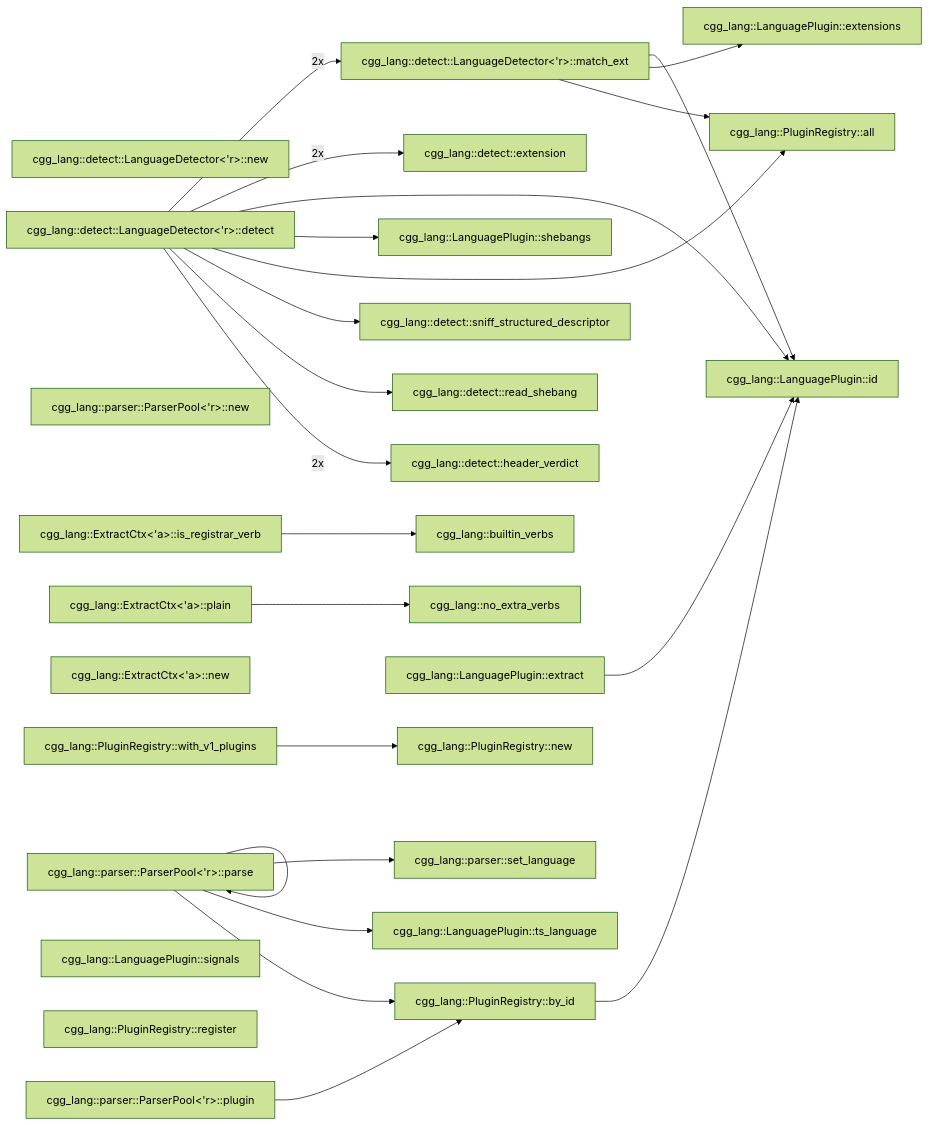
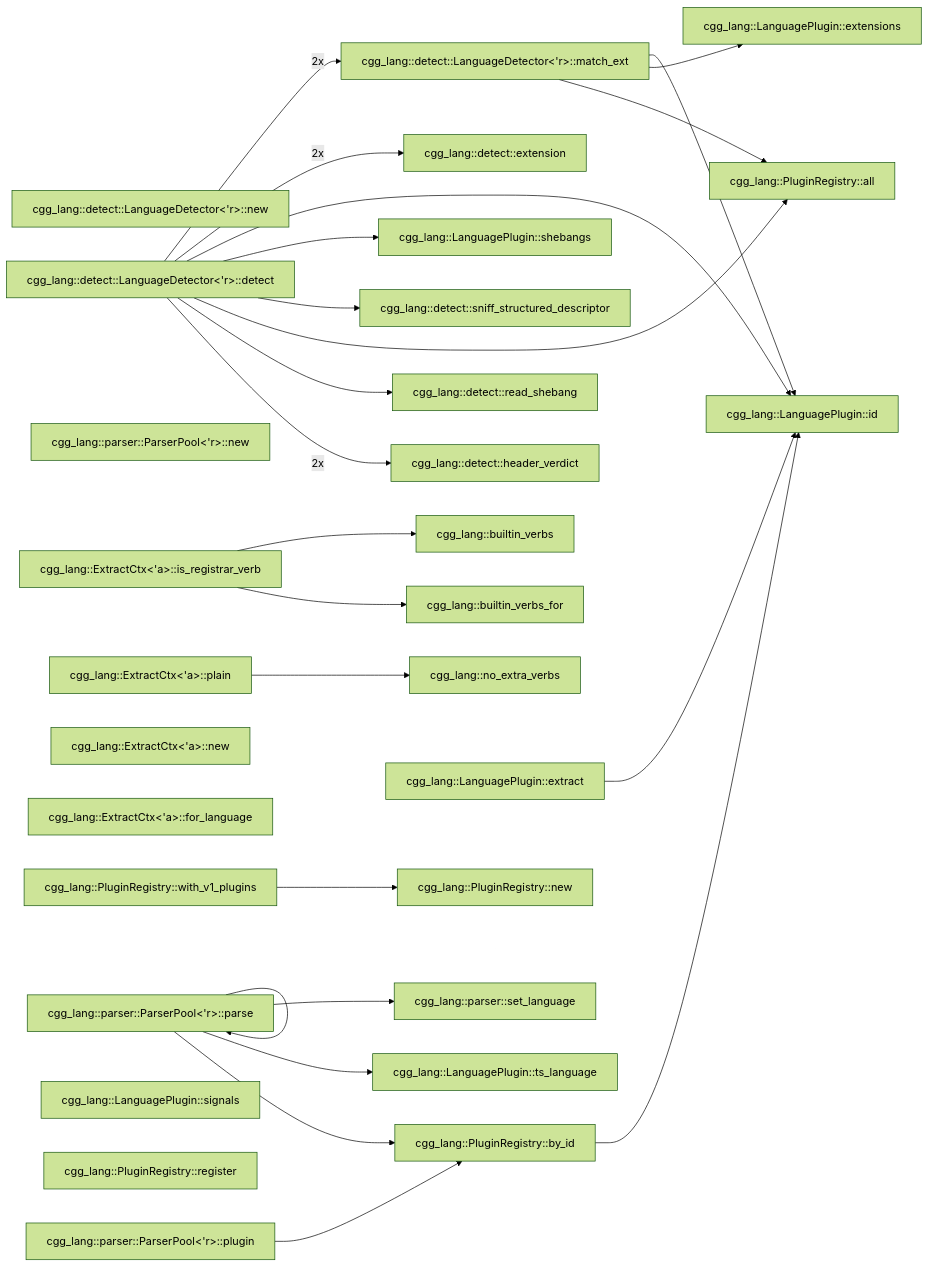
The third of 4 diagrams in README.md (NeuralNotwerk/cgg), drawn with Mermaid (forest theme) before and after one commit. The commit also changed other lines of this file and 10 other files, not shown here.

````diff
--- a/README.md
+++ b/README.md
@@ -662,51 +664,54 @@
 ```mermaid
 flowchart LR
   C0["cgg_lang::detect::LanguageDetector<'r>::new"]
   C1["cgg_lang::detect::LanguageDetector<'r>::detect"]
   C2["cgg_lang::detect::LanguageDetector<'r>::match_ext"]
   C3["cgg_lang::detect::extension"]
   C4["cgg_lang::detect::sniff_structured_descriptor"]
   C5["cgg_lang::detect::read_shebang"]
   C6["cgg_lang::detect::header_verdict"]
   C19["cgg_lang::parser::ParserPool<'r>::new"]
   C20["cgg_lang::parser::ParserPool<'r>::parse"]
   C21["cgg_lang::parser::ParserPool<'r>::plugin"]
   C22["cgg_lang::parser::set_language"]
   C26["cgg_lang::builtin_verbs"]
-  C27["cgg_lang::no_extra_verbs"]
-  C28["cgg_lang::ExtractCtx<'a>::new"]
-  C29["cgg_lang::ExtractCtx<'a>::plain"]
-  C30["cgg_lang::ExtractCtx<'a>::is_registrar_verb"]
-  C31["cgg_lang::LanguagePlugin::id"]
-  C32["cgg_lang::LanguagePlugin::extensions"]
-  C33["cgg_lang::LanguagePlugin::shebangs"]
-  C34["cgg_lang::LanguagePlugin::signals"]
-  C35["cgg_lang::LanguagePlugin::ts_language"]
-  C36["cgg_lang::LanguagePlugin::extract"]
-  C37["cgg_lang::PluginRegistry::new"]
-  C38["cgg_lang::PluginRegistry::register"]
-  C39["cgg_lang::PluginRegistry::all"]
-  C40["cgg_lang::PluginRegistry::by_id"]
-  C41["cgg_lang::PluginRegistry::with_v1_plugins"]
+  C27["cgg_lang::builtin_verbs_for"]
+  C28["cgg_lang::no_extra_verbs"]
+  C29["cgg_lang::ExtractCtx<'a>::new"]
+  C30["cgg_lang::ExtractCtx<'a>::for_language"]
+  C31["cgg_lang::ExtractCtx<'a>::plain"]
+  C32["cgg_lang::ExtractCtx<'a>::is_registrar_verb"]
+  C33["cgg_lang::LanguagePlugin::id"]
+  C34["cgg_lang::LanguagePlugin::extensions"]
+  C35["cgg_lang::LanguagePlugin::shebangs"]
+  C36["cgg_lang::LanguagePlugin::signals"]
+  C37["cgg_lang::LanguagePlugin::ts_language"]
+  C38["cgg_lang::LanguagePlugin::extract"]
+  C39["cgg_lang::PluginRegistry::new"]
+  C40["cgg_lang::PluginRegistry::register"]
+  C41["cgg_lang::PluginRegistry::all"]
+  C42["cgg_lang::PluginRegistry::by_id"]
+  C43["cgg_lang::PluginRegistry::with_v1_plugins"]
   C1 -->|2x| C2
   C1 -->|2x| C3
-  C1 --> C31
   C1 --> C33
-  C1 --> C39
+  C1 --> C35
   C1 --> C4
+  C1 --> C41
   C1 --> C5
   C1 -->|2x| C6
-  C2 --> C31
-  C2 --> C32
-  C2 --> C39
+  C2 --> C33
+  C2 --> C34
+  C2 --> C41
   C20 --> C20
   C20 --> C22
-  C20 --> C35
-  C20 --> C40
-  C21 --> C40
-  C29 --> C27
-  C30 --> C26
-  C36 --> C31
-  C40 --> C31
-  C41 --> C37
+  C20 --> C37
+  C20 --> C42
+  C21 --> C42
+  C31 --> C28
+  C32 --> C26
+  C32 --> C27
+  C38 --> C33
+  C42 --> C33
+  C43 --> C39
 ```
````
